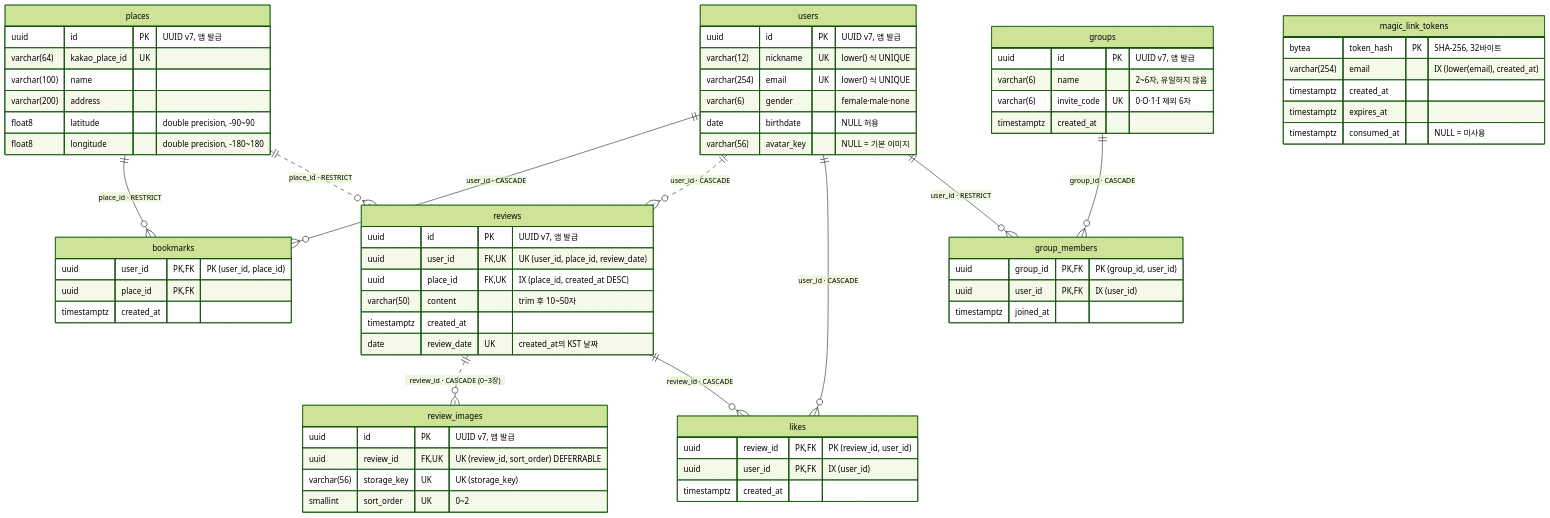
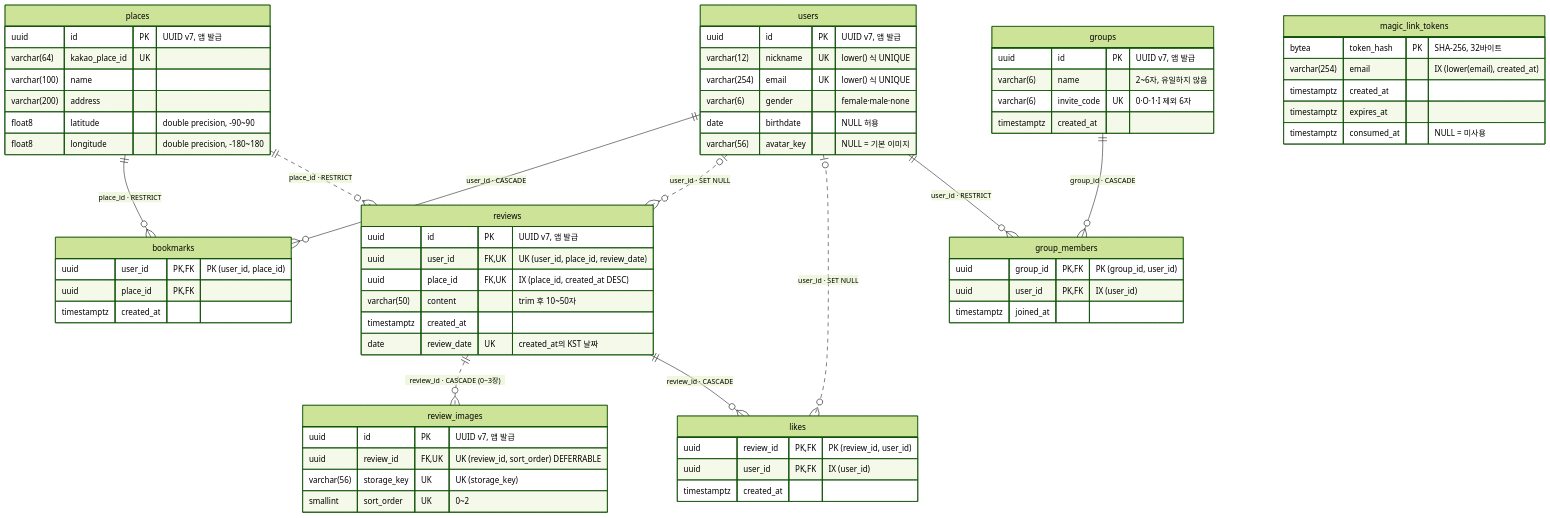
The diagram in docs/design/erd.md (kangdong527/nook_csharp), drawn with Mermaid (forest theme) before and after one commit. The commit also changed other lines of this file and 14 other files, not shown here.

First line of the commit message:
feat(withdrawal): keep reviews and likes when a member is deleted (PF-02 schema)

````diff
--- a/docs/design/erd.md
+++ b/docs/design/erd.md
@@ -12,79 +12,79 @@
 ```mermaid
 erDiagram
     users ||--o{ bookmarks : "user_id · CASCADE"
     places ||--o{ bookmarks : "place_id · RESTRICT"
-    users ||..o{ reviews : "user_id · CASCADE"
+    users |o..o{ reviews : "user_id · SET NULL"
     places ||..o{ reviews : "place_id · RESTRICT"
     reviews ||..o{ review_images : "review_id · CASCADE (0~3장)"
     reviews ||--o{ likes : "review_id · CASCADE"
-    users ||--o{ likes : "user_id · CASCADE"
+    users |o..o{ likes : "user_id · SET NULL"
     groups ||--o{ group_members : "group_id · CASCADE"
     users ||--o{ group_members : "user_id · RESTRICT"
 
     users {
         uuid id PK "UUID v7, 앱 발급"
         varchar(12) nickname UK "lower() 식 UNIQUE"
         varchar(254) email UK "lower() 식 UNIQUE"
         varchar(6) gender "female·male·none"
         date birthdate "NULL 허용"
         varchar(56) avatar_key "NULL = 기본 이미지"
     }
 
     places {
         uuid id PK "UUID v7, 앱 발급"
         varchar(64) kakao_place_id UK
         varchar(100) name
         varchar(200) address
         float8 latitude "double precision, -90~90"
         float8 longitude "double precision, -180~180"
     }
 
     bookmarks {
         uuid user_id PK, FK "PK (user_id, place_id)"
         uuid place_id PK, FK
         timestamptz created_at
     }
 
     reviews {
         uuid id PK "UUID v7, 앱 발급"
         uuid user_id FK, UK "UK (user_id, place_id, review_date)"
         uuid place_id FK, UK "IX (place_id, created_at DESC)"
         varchar(50) content "trim 후 10~50자"
         timestamptz created_at
         date review_date UK "created_at의 KST 날짜"
     }
 
     review_images {
         uuid id PK "UUID v7, 앱 발급"
         uuid review_id FK, UK "UK (review_id, sort_order) DEFERRABLE"
         varchar(56) storage_key UK "UK (storage_key)"
         smallint sort_order UK "0~2"
     }
 
     likes {
         uuid review_id PK, FK "PK (review_id, user_id)"
         uuid user_id PK, FK "IX (user_id)"
         timestamptz created_at
     }
 
     groups {
         uuid id PK "UUID v7, 앱 발급"
         varchar(6) name "2~6자, 유일하지 않음"
         varchar(6) invite_code UK "0·O·1·I 제외 6자"
         timestamptz created_at
     }
 
     group_members {
         uuid group_id PK, FK "PK (group_id, user_id)"
         uuid user_id PK, FK "IX (user_id)"
         timestamptz joined_at
     }
 
     magic_link_tokens {
         bytea token_hash PK "SHA-256, 32바이트"
         varchar(254) email "IX (lower(email), created_at)"
         timestamptz created_at
         timestamptz expires_at
         timestamptz consumed_at "NULL = 미사용"
     }
 ```
````
